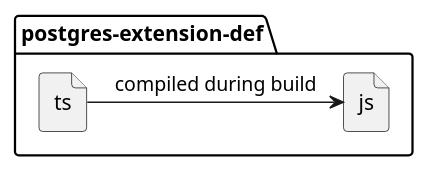
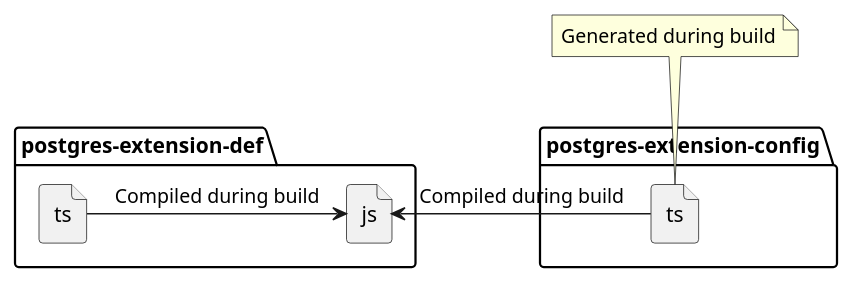
One commit to exasol/extension-manager changed the fifth of 9 diagrams in doc/design/design.md. Above: the diagram before and after it, drawn with PlantUML. The commit also changed other lines of this file, not shown here.

````diff
--- a/doc/design/design.md
+++ b/doc/design/design.md
@@ -219,9 +258,15 @@
 ```plantuml
-file postgres-extension-def.ts{
+@startuml
+file postgres-extension-def.ts {
+}
+file postgres-extension-config.ts {
+}
+file postgres-extension-def.js {
 }
 
-file postgres-extension-def.js{ 
-}
+note top of postgres-extension-config.ts: Generated during build
 
-"postgres-extension-def.ts" -> "postgres-extension-def.js": compiled during build
+"postgres-extension-def.ts" -> "postgres-extension-def.js": Compiled during build
+"postgres-extension-config.ts" -> "postgres-extension-def.js": Compiled during build
+@enduml
 ```
````
